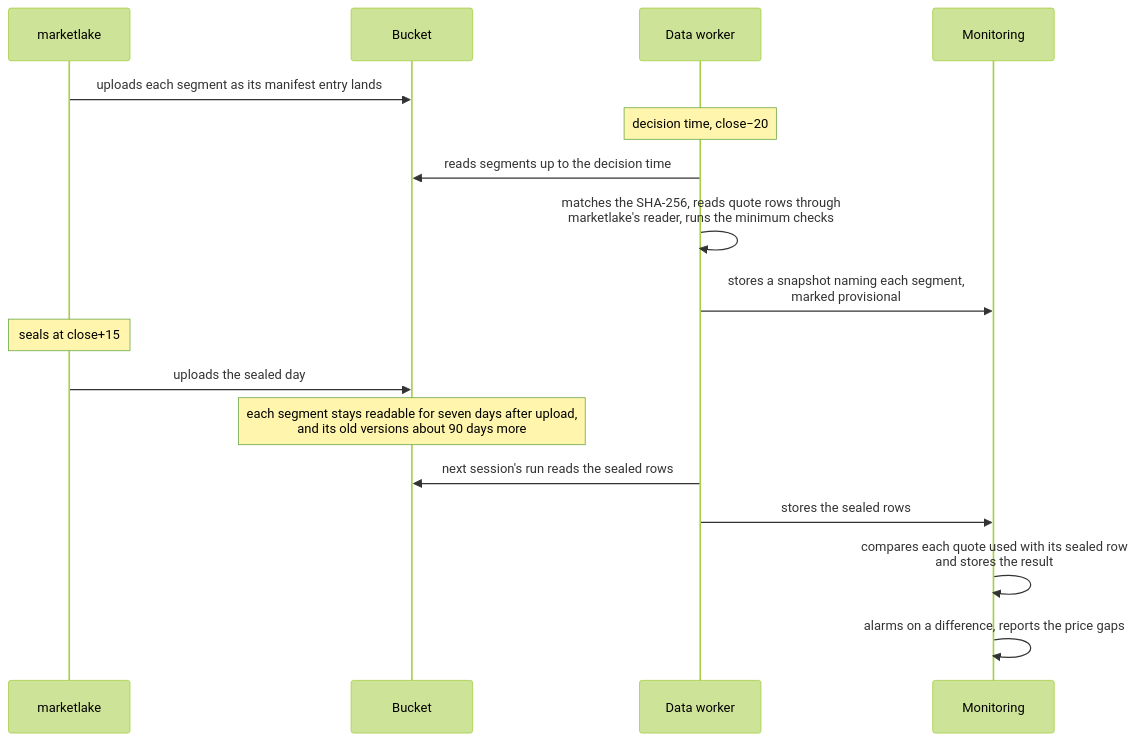
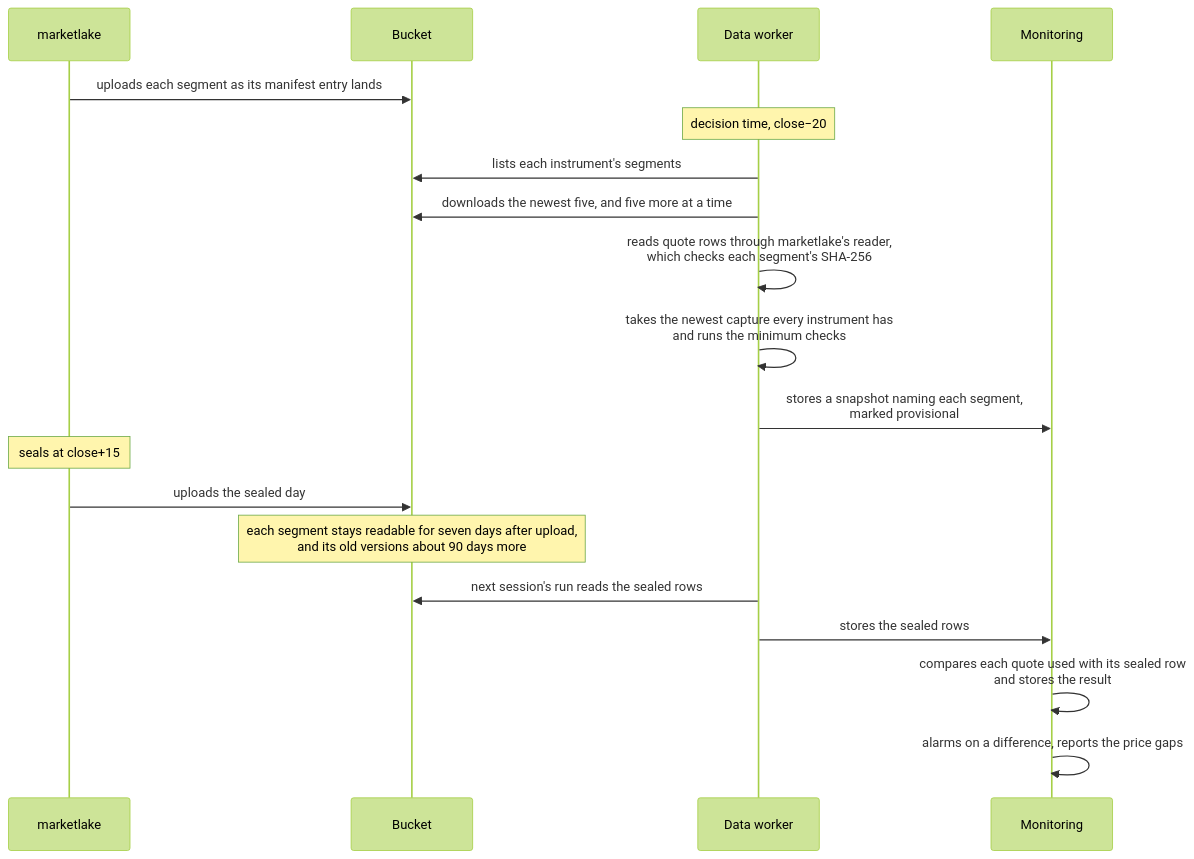
The third of 5 diagrams in docs/architecture/03-context-and-scope.md (l3a0/ithildin-runtime), drawn with Mermaid (forest theme) before and after one commit. The commit also changed other lines of this file and 60 other files, not shown here.

````diff
--- a/docs/architecture/03-context-and-scope.md
+++ b/docs/architecture/03-context-and-scope.md
@@ -132,19 +132,21 @@
 ```mermaid
 sequenceDiagram
     participant M as marketlake
     participant B as Bucket
     participant D as Data worker
     participant O as Monitoring
     M->>B: uploads each segment as its manifest entry lands
     Note over D: decision time, close−20
-    D->>B: reads segments up to the decision time
-    D->>D: matches the SHA-256, reads quote rows through<br/>marketlake's reader, runs the minimum checks
+    D->>B: lists each instrument's segments
+    D->>B: downloads the newest five, and five more at a time
+    D->>D: reads quote rows through marketlake's reader,<br/>which checks each segment's SHA-256
+    D->>D: takes the newest capture every instrument has<br/>and runs the minimum checks
     D->>O: stores a snapshot naming each segment,<br/>marked provisional
     Note over M: seals at close+15
     M->>B: uploads the sealed day
     Note over B: each segment stays readable for seven days after upload,<br/>and its old versions about 90 days more
     D->>B: next session's run reads the sealed rows
     D->>O: stores the sealed rows
     O->>O: compares each quote used with its sealed row<br/>and stores the result
     O->>O: alarms on a difference, reports the price gaps
 ```
````
